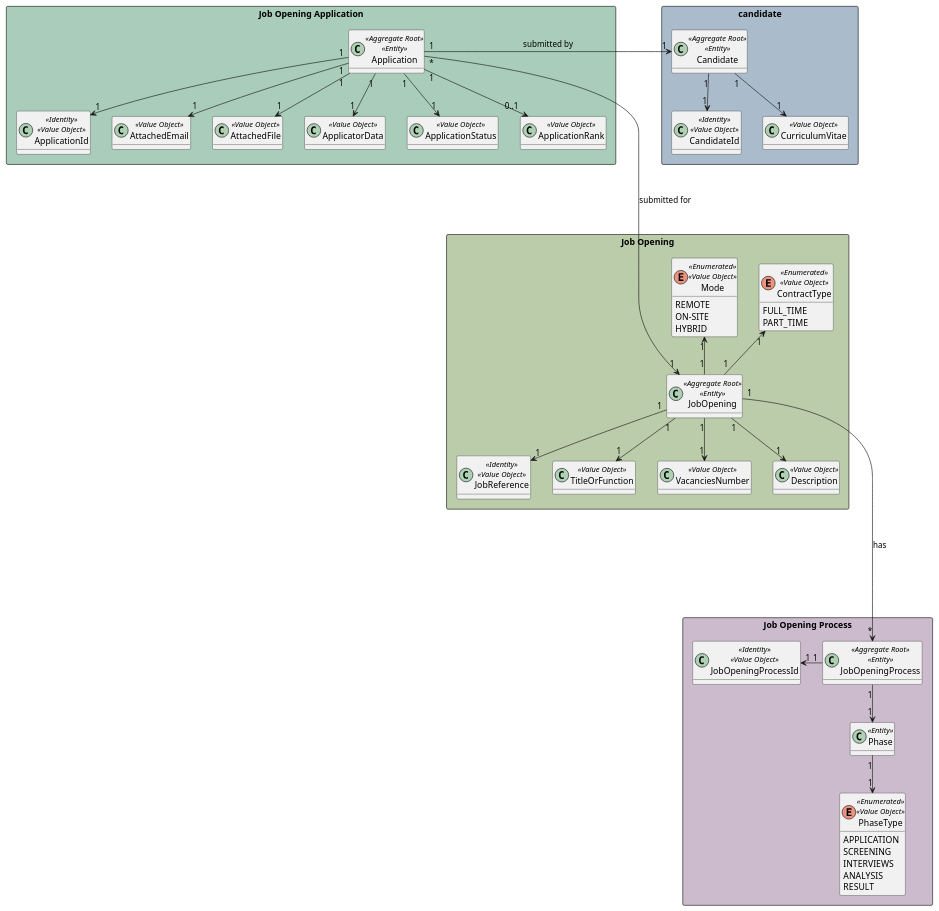
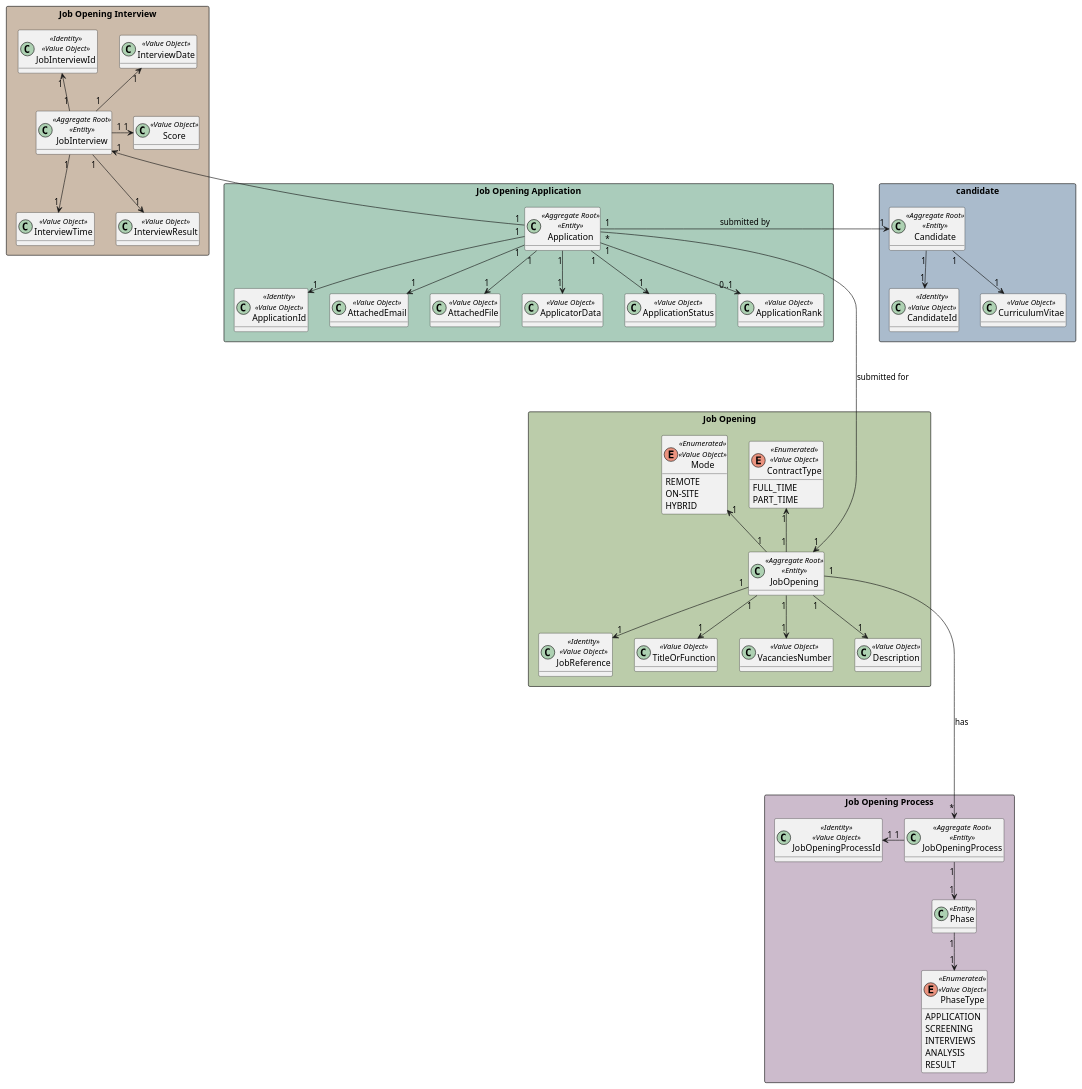
Before and after one commit to marcoferreira37/Lapr4: the diagram in docs/sprintC/1018/1018-domain-model.puml, drawn with PlantUML. The commit also changed 1 other file, not shown here.

```diff
--- a/docs/sprintC/1018/1018-domain-model.puml
+++ b/docs/sprintC/1018/1018-domain-model.puml
@@ -1,115 +1,123 @@
 @startuml
 'https://plantuml.com/class-diagram
 
 hide methods
 
 rectangle "Job Opening" #bbccaa {
 
     class JobOpening<<Aggregate Root>><<Entity>>{}
 
     class JobReference<<Identity>><<Value Object>>{}
 
     class TitleOrFunction<<Value Object>>{}
 
     enum ContractType<<Enumerated>><<Value Object>>{
         FULL_TIME
         PART_TIME
     }
 
     enum Mode<<Enumerated>><<Value Object>>{
         REMOTE
         ON-SITE
         HYBRID
         }
 
 
     class VacanciesNumber<<Value Object>>{}
 
     class Description<<Value Object>>{}
-'
-'    class PhaseDates<<Entity>>{}
-'    enum PhaseType<<Enumerated>><<Value Object>>{
-'                APPLICATION
-'                SCREENING
-'                INTERVIEWS
-'                ANALYSIS
-'                RESULT
-'            }
-'     JobOpening "1" --> "0..1" PhaseDates
-'     PhaseDates "1" --> "1" PhaseType
+
 }
 
 
 rectangle "Job Opening Application" #aaccbb {
 
     class Application<<Aggregate Root>><<Entity>>{}
 
     class ApplicationId<<Identity>><<Value Object>>{}
 
     class AttachedEmail<<Value Object>>{}
 
     class AttachedFile<<Value Object>>{}
 
     class ApplicatorData<<Value Object>>{}
 
     class ApplicationStatus<<Value Object>>{}
 
     class ApplicationRank<<Value Object>>{}
 
 }
 
 
 rectangle candidate #aabbcc{
     class Candidate<<Aggregate Root>><<Entity>>{}
     class CandidateId<<Identity>><<Value Object>>{}
     class CurriculumVitae<<Value Object>>{}
 }
 
 
 
 rectangle "Job Opening Process" #ccbbcc{
     class JobOpeningProcess<<Aggregate Root>><<Entity>>{}
     class JobOpeningProcessId<<Identity>><<Value Object>>{}
 '    class JobOpeningProcessStatus<<Value Object>>{}
 '    class JobOpeningProcessStage<<Value Object>>{}
     class Phase<<Entity>>{
         }
     enum PhaseType<<Enumerated>><<Value Object>>{
         APPLICATION
         SCREENING
         INTERVIEWS
         ANALYSIS
         RESULT
     }
 }
 
+rectangle "Job Opening Interview" #ccbbaa {
+    class JobInterview <<Aggregate Root>><<Entity>>{}
+    class JobInterviewId<<Identity>><<Value Object>>{}
+    class InterviewDate<<Value Object>>{}
+    class InterviewTime<<Value Object>>{}
+    class Score<<Value Object>>{}
+    class InterviewResult<<Value Object>>{}
+}
+
+
+JobInterview "1" -up-> "1" JobInterviewId
+JobInterview "1" -up-> "1" InterviewDate
+JobInterview "1" --> "1" InterviewTime
+JobInterview "1" -> "1" Score
+JobInterview "1" --> "1" InterviewResult
+
+Application "1" -up-> "1" JobInterview
+
+
 
 
 JobReference "1" <-up- "1" JobOpening
 TitleOrFunction "1" <-up- "1" JobOpening
 ContractType "1" <-- "1" JobOpening
 Mode "1" <-- "1" JobOpening
 Description "1" <-up- "1" JobOpening
 VacanciesNumber "1" <-up- "1" JobOpening
 
 Candidate "1"--> "1" CandidateId
 Candidate "1"--> "1" CurriculumVitae
 
 
 Application "1" --> "1" ApplicationId
 Application "1" --> "1" AttachedEmail
 Application "1" --> "1" AttachedFile
 Application "1" --> "1" ApplicatorData
 Application "*" -----> "1" JobOpening : submitted for
 Application "1" -> "1" Candidate : submitted by
 Application "1" --> "1" ApplicationStatus
 Application "1" --> "0..1" ApplicationRank
 
 
 JobOpeningProcess "1" -left-> "1" JobOpeningProcessId
 JobOpening "1" -----> "*" JobOpeningProcess : has
-'Phase "1" --> "1" JobOpeningProcessStatus
 JobOpeningProcess "1" --> "1" Phase
 Phase "1" --> "1" PhaseType
 
 @enduml
```
